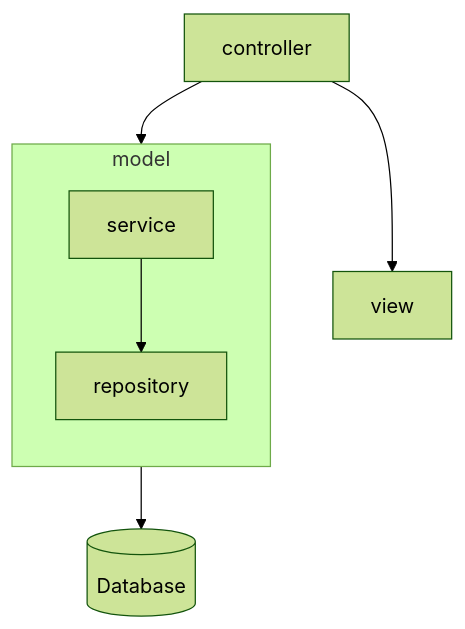
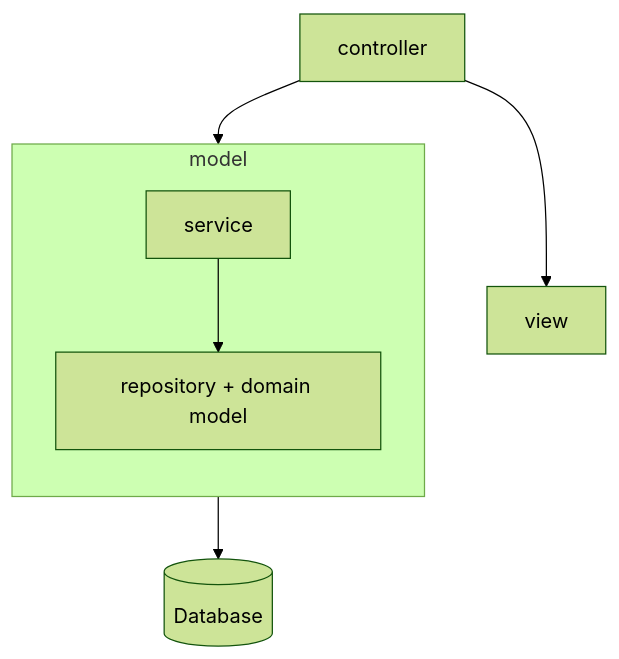
One commit to joahreed/java_february24 changed the second of 3 diagrams in lectures/spring/mvc/notes/Layers/README.md. Above: the diagram before and after it, drawn with Mermaid (forest theme). The commit also changed other lines of this file, not shown here.

Commit message:
update flow chart

````diff
--- a/lectures/spring/mvc/notes/Layers/README.md
+++ b/lectures/spring/mvc/notes/Layers/README.md
@@ -38,12 +38,12 @@
 ```mermaid
 
 flowchart TD
      subgraph model
         direction TB
-        service  --> repository
+        service  --> multiline[repository + domain model]
     end
 
     controller --> model --> id1[(Database)]
     controller --> view
 
 ```
````
